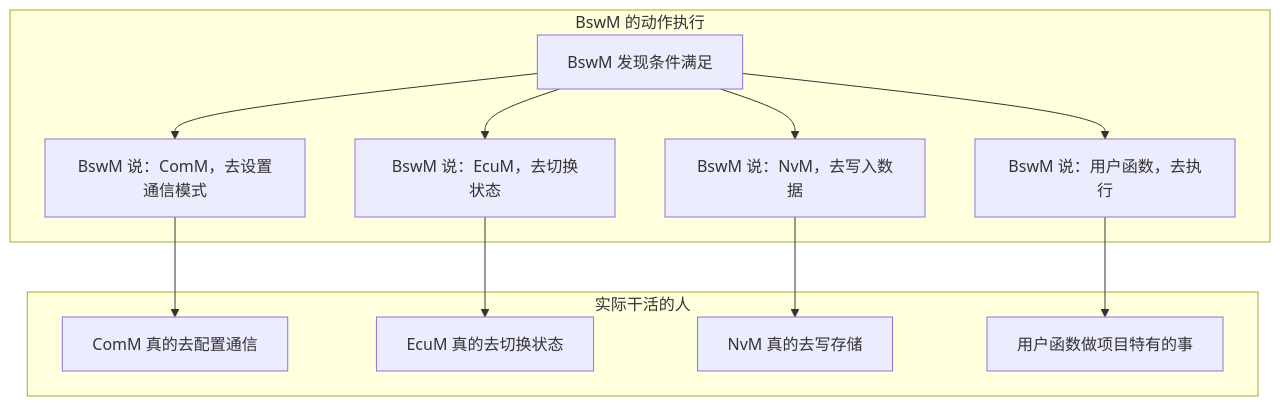
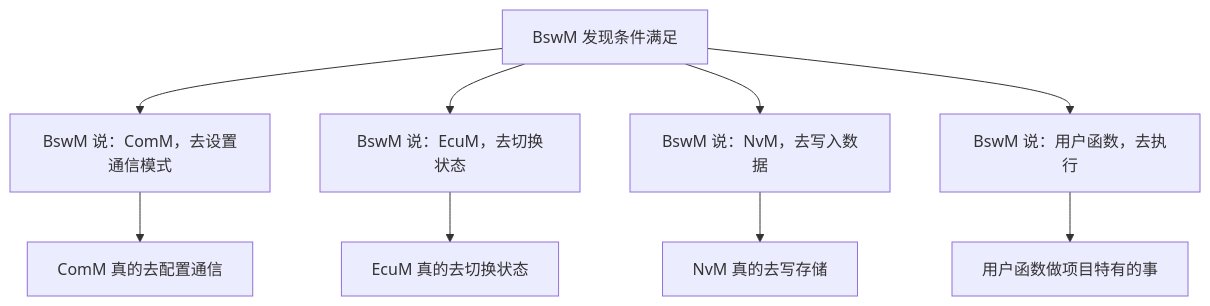
One commit to Li-Altman/ObsidianPKR changed the fourth of 7 diagrams in Embedded & AUTOSAR/AutoSAR/BSW (Basic Software Modules)/BswM/BswM_代码通俗解读.md. Above: the diagram before and after it, drawn with Mermaid. The commit also changed other lines of this file and 6 other files, not shown here.

````diff
--- a/Embedded & AUTOSAR/AutoSAR/BSW (Basic Software Modules)/BswM/BswM_代码通俗解读.md
+++ b/Embedded & AUTOSAR/AutoSAR/BSW (Basic Software Modules)/BswM/BswM_代码通俗解读.md
@@ -541,22 +726,20 @@
 ```mermaid
 graph TB
-    subgraph "BswM 的动作执行"
-        A["BswM 发现条件满足"]
-        A --> B["BswM 说：ComM，去设置通信模式"]
-        A --> C["BswM 说：EcuM，去切换状态"]
-        A --> D["BswM 说：NvM，去写入数据"]
-        A --> E["BswM 说：用户函数，去执行"]
-    end
+    %% --- BswM 的动作执行（下达指令） ---
+    A["BswM 发现条件满足"]
+    A --> B["BswM 说：ComM，去设置通信模式"]
+    A --> C["BswM 说：EcuM，去切换状态"]
+    A --> D["BswM 说：NvM，去写入数据"]
+    A --> E["BswM 说：用户函数，去执行"]
 
-    subgraph "实际干活的人"
-        F["ComM 真的去配置通信"]
-        G["EcuM 真的去切换状态"]
-        H["NvM 真的去写存储"]
-        I["用户函数做项目特有的事"]
-    end
+    %% --- 实际干活的人（执行指令） ---
+    F["ComM 真的去配置通信"]
+    G["EcuM 真的去切换状态"]
+    H["NvM 真的去写存储"]
+    I["用户函数做项目特有的事"]
 
     B --> F
     C --> G
     D --> H
     E --> I
 ```
````
